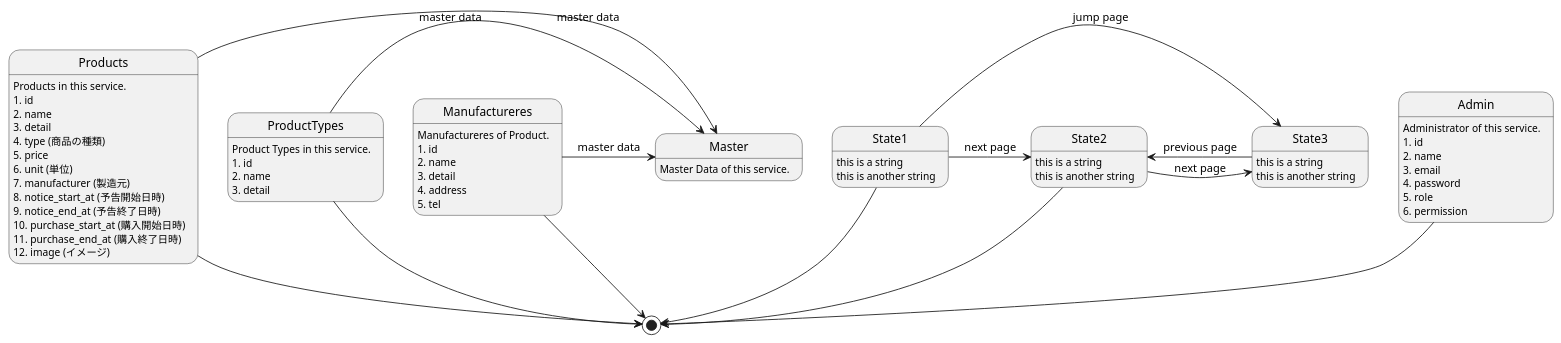
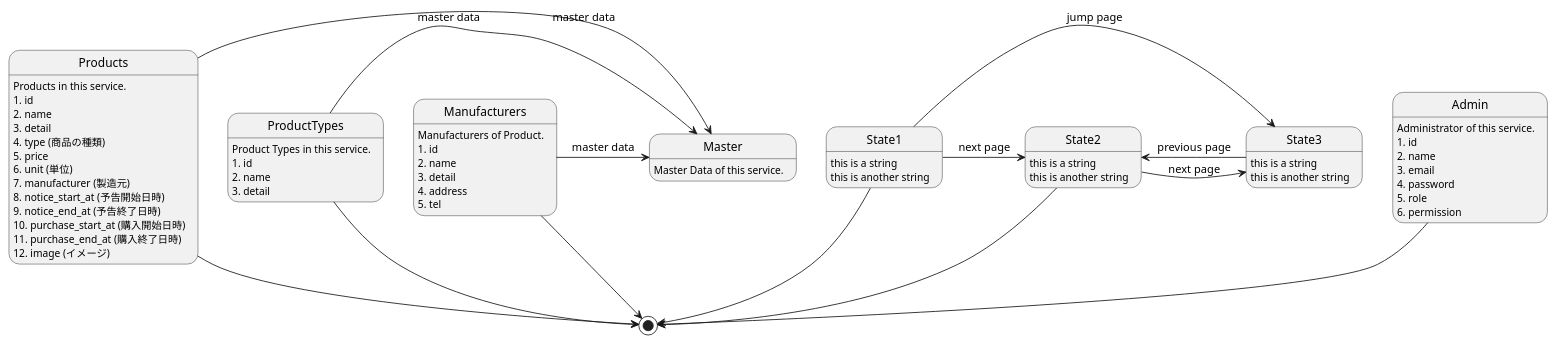
One commit to FumihiroMaejima/cochlea changed the diagram in doc/data/database.puml. Above: the diagram before and after it, drawn with PlantUML. The commit also changed 4 other files, not shown here.

```diff
--- a/doc/data/database.puml
+++ b/doc/data/database.puml
@@ -1,68 +1,68 @@
 @startuml database
 
 
 Admin --> [*]
 Admin : Administrator of this service.
 Admin : 1. id
 Admin : 2. name
 Admin : 3. email
 Admin : 4. password
 Admin : 5. role
 Admin : 6. permission
 
 Master : Master Data of this service.
 
 Products --> [*]
 Products : Products in this service.
 Products : 1. id
 Products : 2. name
 Products : 3. detail
 Products : 4. type (商品の種類)
 Products : 5. price
 Products : 6. unit (単位)
 Products : 7. manufacturer (製造元)
 Products : 8. notice_start_at (予告開始日時)
 Products : 9. notice_end_at (予告終了日時)
 Products : 10. purchase_start_at (購入開始日時)
 Products : 11. purchase_end_at (購入終了日時)
 Products : 12. image (イメージ)
 Products -> Master : master data
 
 ProductTypes --> [*]
 ProductTypes : Product Types in this service.
 ProductTypes : 1. id
 ProductTypes : 2. name
 ProductTypes : 3. detail
 ProductTypes -> Master : master data
 
-Manufactureres --> [*]
-Manufactureres : Manufactureres of Product.
-Manufactureres : 1. id
-Manufactureres : 2. name
-Manufactureres : 3. detail
-Manufactureres : 4. address
-Manufactureres : 5. tel
-Manufactureres -> Master : master data
+Manufacturers --> [*]
+Manufacturers : Manufacturers of Product.
+Manufacturers : 1. id
+Manufacturers : 2. name
+Manufacturers : 3. detail
+Manufacturers : 4. address
+Manufacturers : 5. tel
+Manufacturers -> Master : master data
 
 
 
 
 State1 --> [*]
 State1 : this is a string
 State1 : this is another string
 
 State2 : this is a string
 State2 : this is another string
 
 State3 : this is a string
 State3 : this is another string
 
 State1 -> State2 : next page
 State2 --> [*]
 
 State1 -> State3 : jump page
 State2 -> State3 : next page
 State3 -> State2 : previous page
 
 
 @enduml
```
